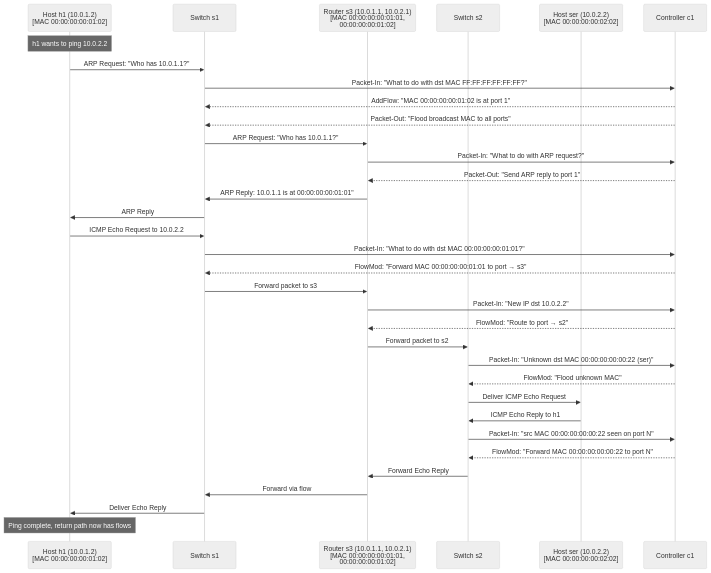
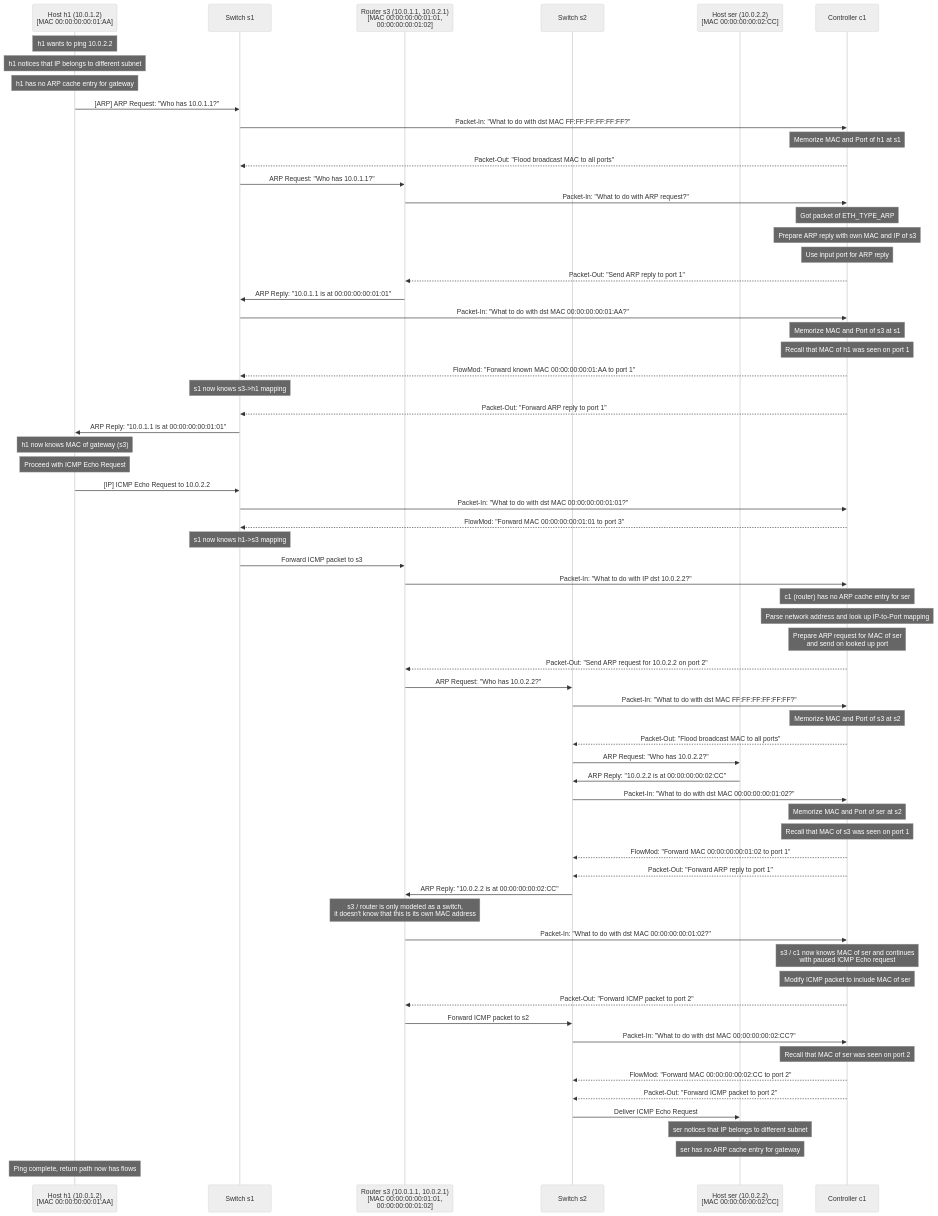
One commit to tobi-lgs/ans-ss25 changed the second of 2 diagrams in lab1/notes1.md. Above: the diagram before and after it, drawn with Mermaid (neutral theme). The commit also changed other lines of this file and 3 other files, not shown here.

Commit message:
add: sequence diagram of ping h1 h2 updated

````diff
--- a/lab1/notes1.md
+++ b/lab1/notes1.md
@@ -262,48 +262,80 @@
 ```mermaid
 sequenceDiagram
-    participant h1 as Host h1 (10.0.1.2) <br> [MAC 00:00:00:00:01:02]
+    participant h1 as Host h1 (10.0.1.2) <br> [MAC 00:00:00:00:01:AA]
     participant s1 as Switch s1
     participant s3 as Router s3 (10.0.1.1, 10.0.2.1) <br> [MAC 00:00:00:00:01:01, <br> 00:00:00:00:01:02]
     participant s2 as Switch s2
-    participant ser as Host ser (10.0.2.2) <br> [MAC 00:00:00:00:02:02]
+    participant ser as Host ser (10.0.2.2) <br> [MAC 00:00:00:00:02:CC]
     participant c1 as Controller c1
 
     Note over h1: h1 wants to ping 10.0.2.2
+    Note over h1: h1 notices that IP belongs to different subnet
+    Note over h1: h1 has no ARP cache entry for gateway
 
     %% --- ARP Phase ---
-    h1->>s1: ARP Request: "Who has 10.0.1.1?"
+    h1->>s1: [ARP] ARP Request: "Who has 10.0.1.1?"
     s1->>c1: Packet-In: "What to do with dst MAC FF:FF:FF:FF:FF:FF?"
-    c1-->>s1: AddFlow: "MAC 00:00:00:00:01:02 is at port 1"
+    Note over c1: Memorize MAC and Port of h1 at s1
     c1-->>s1: Packet-Out: "Flood broadcast MAC to all ports"
     s1->>s3: ARP Request: "Who has 10.0.1.1?"
     s3->>c1: Packet-In: "What to do with ARP request?"
+    Note over c1: Got packet of ETH_TYPE_ARP
+    Note over c1: Prepare ARP reply with own MAC and IP of s3
+    Note over c1: Use input port for ARP reply
     c1-->>s3: Packet-Out: "Send ARP reply to port 1"
-    s3->>s1: ARP Reply: 10.0.1.1 is at 00:00:00:00:01:01"
-    s1->>h1: ARP Reply
+    s3->>s1: ARP Reply: "10.0.1.1 is at 00:00:00:00:01:01"
+    s1->>c1: Packet-In: "What to do with dst MAC 00:00:00:00:01:AA?"
+    Note over c1: Memorize MAC and Port of s3 at s1
+    Note over c1: Recall that MAC of h1 was seen on port 1
+    c1-->>s1: FlowMod: "Forward known MAC 00:00:00:00:01:AA to port 1"
+    Note over s1: s1 now knows s3->h1 mapping
+    c1-->>s1: Packet-Out: "Forward ARP reply to port 1"
+    s1->>h1: ARP Reply: "10.0.1.1 is at 00:00:00:00:01:01"
+    Note over h1: h1 now knows MAC of gateway (s3)
 
     %% --- ICMP Echo Request Phase ---
-    h1->>s1: ICMP Echo Request to 10.0.2.2
+    Note over h1: Proceed with ICMP Echo Request
+    h1->>s1: [IP] ICMP Echo Request to 10.0.2.2
     s1->>c1: Packet-In: "What to do with dst MAC 00:00:00:00:01:01?"
-    c1-->>s1: FlowMod: "Forward MAC 00:00:00:00:01:01 to port → s3"
-    s1->>s3: Forward packet to s3
-
-    s3->>c1: Packet-In: "New IP dst 10.0.2.2"
-    c1-->>s3: FlowMod: "Route to port → s2"
-    s3->>s2: Forward packet to s2
-
-    s2->>c1: Packet-In: "Unknown dst MAC 00:00:00:00:00:22 (ser)"
-    c1-->>s2: FlowMod: "Flood unknown MAC"
+    c1-->>s1: FlowMod: "Forward MAC 00:00:00:00:01:01 to port 3"
+    Note over s1: s1 now knows h1->s3 mapping
+    s1->>s3: Forward ICMP packet to s3
+    s3->>c1: Packet-In: "What to do with IP dst 10.0.2.2?"
+    %% --- ARP for getting the MAC of ser Phase ---
+    Note over c1: c1 (router) has no ARP cache entry for ser
+    Note over c1: Parse network address and look up IP-to-Port mapping
+    Note over c1: Prepare ARP request for MAC of ser<br>and send on looked up port
+    c1-->>s3: Packet-Out: "Send ARP request for 10.0.2.2 on port 2"
+    s3->>s2: ARP Request: "Who has 10.0.2.2?"
+    s2->>c1: Packet-In: "What to do with dst MAC FF:FF:FF:FF:FF:FF?"
+    Note over c1: Memorize MAC and Port of s3 at s2
+    c1-->>s2: Packet-Out: "Flood broadcast MAC to all ports"
+    s2->>ser: ARP Request: "Who has 10.0.2.2?"
+    ser->>s2: ARP Reply: "10.0.2.2 is at 00:00:00:00:02:CC"
+    s2->>c1: Packet-In: "What to do with dst MAC 00:00:00:00:01:02?"
+    Note over c1: Memorize MAC and Port of ser at s2
+    Note over c1: Recall that MAC of s3 was seen on port 1
+    %% Theoretically, the controller could just finish the ARP request here and drop the packet, because not the router wanted to know the MAC of ser, but the controller.
+    c1-->>s2: FlowMod: "Forward MAC 00:00:00:00:01:02 to port 1"
+    c1-->>s2: Packet-Out: "Forward ARP reply to port 1"
+    s2->>s3: ARP Reply: "10.0.2.2 is at 00:00:00:00:02:CC"
+    Note over s3: s3 / router is only modeled as a switch,<br>it doesn't know that this is its own MAC address
+    s3->>c1: Packet-In: "What to do with dst MAC 00:00:00:00:01:02?"
+    Note over c1: s3 / c1 now knows MAC of ser and continues<br>with paused ICMP Echo request
+    %% --- Resume ICMP Echo Request Phase ---
+    Note over c1: Modify ICMP packet to include MAC of ser
+    c1-->>s3: Packet-Out: "Forward ICMP packet to port 2"
+    s3->>s2: Forward ICMP packet to s2
+    s2->>c1: Packet-In: "What to do with dst MAC 00:00:00:00:02:CC?"
+    Note over c1: Recall that MAC of ser was seen on port 2
+    c1-->>s2: FlowMod: "Forward MAC 00:00:00:00:02:CC to port 2"
+    c1-->>s2: Packet-Out: "Forward ICMP packet to port 2"
     s2->>ser: Deliver ICMP Echo Request
 
     %% --- ICMP Echo Reply Phase (ser replies) ---
-    ser->>s2: ICMP Echo Reply to h1
-    s2->>c1: Packet-In: "src MAC 00:00:00:00:00:22 seen on port N"
-    c1-->>s2: FlowMod: "Forward MAC 00:00:00:00:00:22 to port N"
-    s2->>s3: Forward Echo Reply
-
-    s3->>s1: Forward via flow
-    s1->>h1: Deliver Echo Reply
+    Note over ser: ser notices that IP belongs to different subnet
+    Note over ser: ser has no ARP cache entry for gateway
 
     Note over h1: Ping complete, return path now has flows
 
 ```
````
